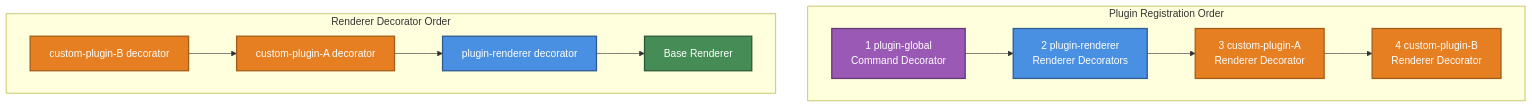
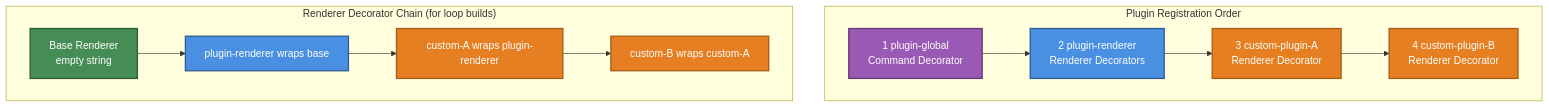
The second of 3 diagrams in packages/docs/src/guide/plugin/decorators.md (kazupon/gunshi), drawn with Mermaid before and after one commit. The commit also changed other lines of this file, not shown here.

Commit message:
docs: fix decorator docs

````diff
--- a/packages/docs/src/guide/plugin/decorators.md
+++ b/packages/docs/src/guide/plugin/decorators.md
@@ -189,27 +203,27 @@
 ```mermaid
 graph TD
     subgraph "Plugin Registration Order"
         R1[1 plugin-global<br/>Command Decorator]
         R2[2 plugin-renderer<br/>Renderer Decorators]
         R3[3 custom-plugin-A<br/>Renderer Decorator]
         R4[4 custom-plugin-B<br/>Renderer Decorator]
         R1 --> R2 --> R3 --> R4
     end
 
-    subgraph "Renderer Decorator Order"
-        E1[custom-plugin-B decorator]
-        E2[custom-plugin-A decorator]
-        E3[plugin-renderer decorator]
-        E4[Base Renderer]
+    subgraph "Renderer Decorator Chain (for loop builds)"
+        E1[Base Renderer<br/>empty string]
+        E2[plugin-renderer wraps base]
+        E3[custom-A wraps plugin-renderer]
+        E4[custom-B wraps custom-A]
         E1 --> E2 --> E3 --> E4
     end
 
     style R1 fill:#9B59B6,stroke:#633974,stroke-width:2px,color:#fff
     style R2 fill:#4A90E2,stroke:#2E5A8E,stroke-width:2px,color:#fff
     style R3 fill:#E67E22,stroke:#A35D18,stroke-width:2px,color:#fff
     style R4 fill:#E67E22,stroke:#A35D18,stroke-width:2px,color:#fff
-    style E1 fill:#E67E22,stroke:#A35D18,stroke-width:2px,color:#fff
-    style E2 fill:#E67E22,stroke:#A35D18,stroke-width:2px,color:#fff
-    style E3 fill:#4A90E2,stroke:#2E5A8E,stroke-width:2px,color:#fff
-    style E4 fill:#468c56,stroke:#2e5936,stroke-width:2px,color:#fff
+    style E1 fill:#468c56,stroke:#2e5936,stroke-width:2px,color:#fff
+    style E2 fill:#4A90E2,stroke:#2E5A8E,stroke-width:2px,color:#fff
+    style E3 fill:#E67E22,stroke:#A35D18,stroke-width:2px,color:#fff
+    style E4 fill:#E67E22,stroke:#A35D18,stroke-width:2px,color:#fff
 ```
````
